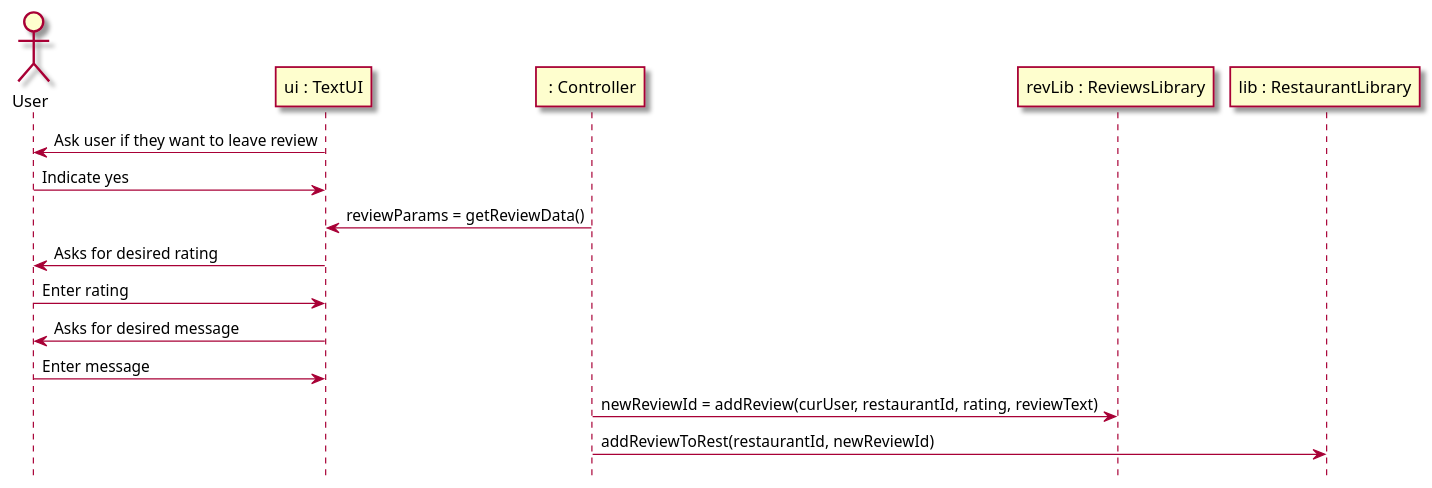
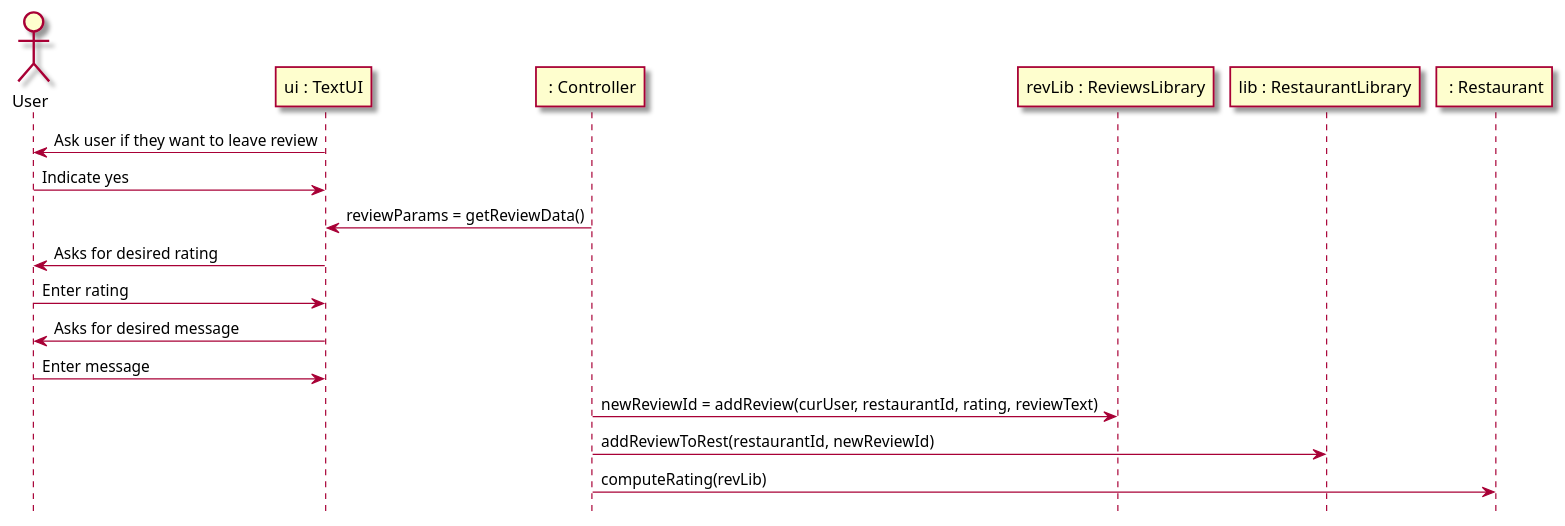
Before and after one commit to tanwasp/LunchBox-Android: the second of 3 diagrams in intellij/doc/design.md, drawn with PlantUML. The commit also changed other lines of this file and 4 other files, not shown here.

Commit message:
changed sequence, design class diagrams and made fields private

````diff
--- a/intellij/doc/design.md
+++ b/intellij/doc/design.md
@@ -41,23 +45,25 @@
 ```plantuml
 @startuml
 hide footbox
 skin rose
 
 actor User as user
 participant "ui : TextUI" as ui
 participant " : Controller" as controller
 participant "revLib : ReviewsLibrary" as revLib
 participant "lib : RestaurantLibrary" as lib
+participant " : Restaurant" as restaurant
 
 ui -> user : Ask user if they want to leave review
 user -> ui : Indicate yes
 controller -> ui : reviewParams = getReviewData()
 ui -> user : Asks for desired rating
 user -> ui : Enter rating
 ui -> user : Asks for desired message
 user -> ui : Enter message
 controller -> revLib : newReviewId = addReview(curUser, restaurantId, rating, reviewText)
 controller -> lib : addReviewToRest(restaurantId, newReviewId)
+controller -> restaurant: computeRating(revLib)
 
 @enduml
 ```
````
